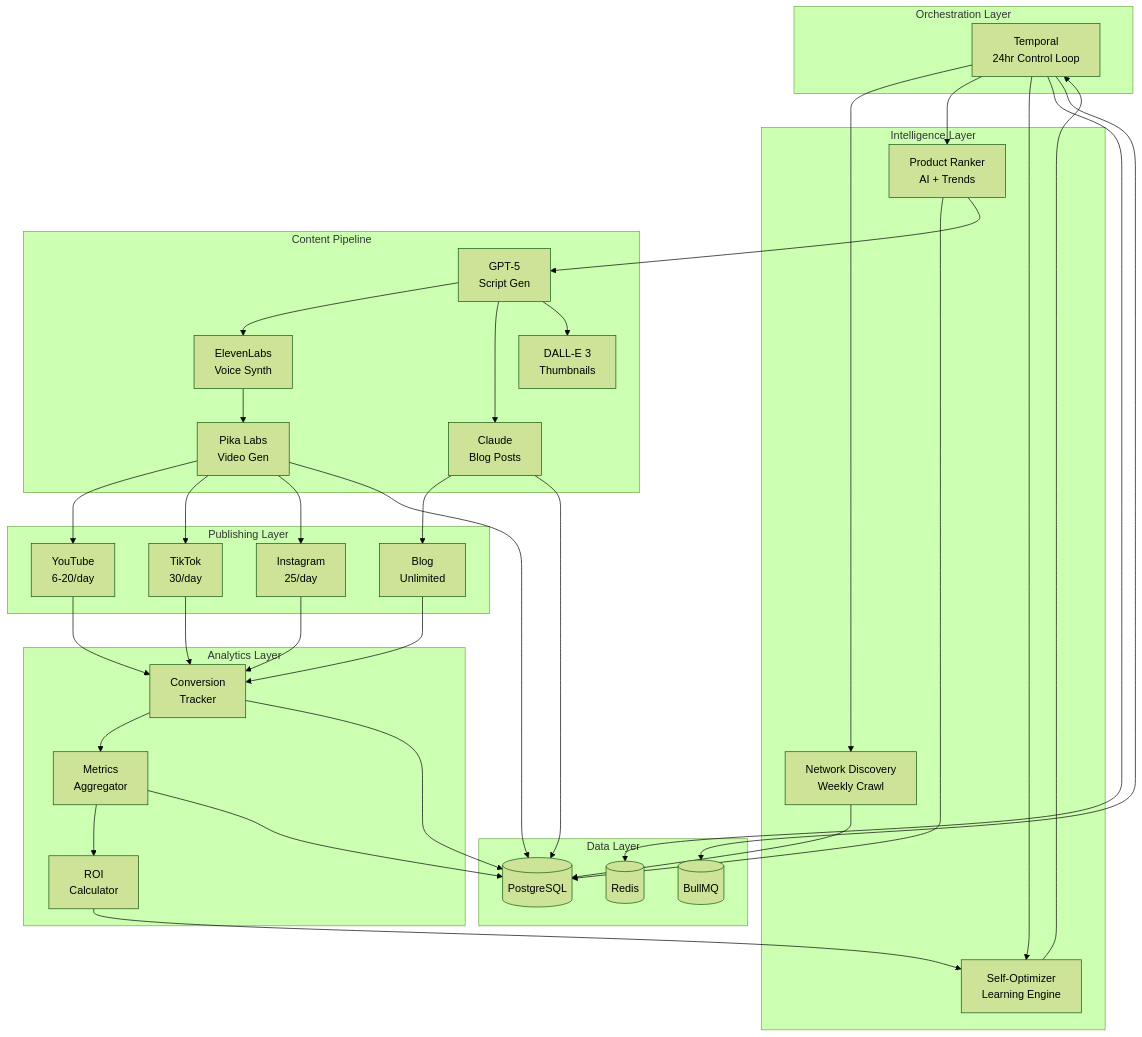
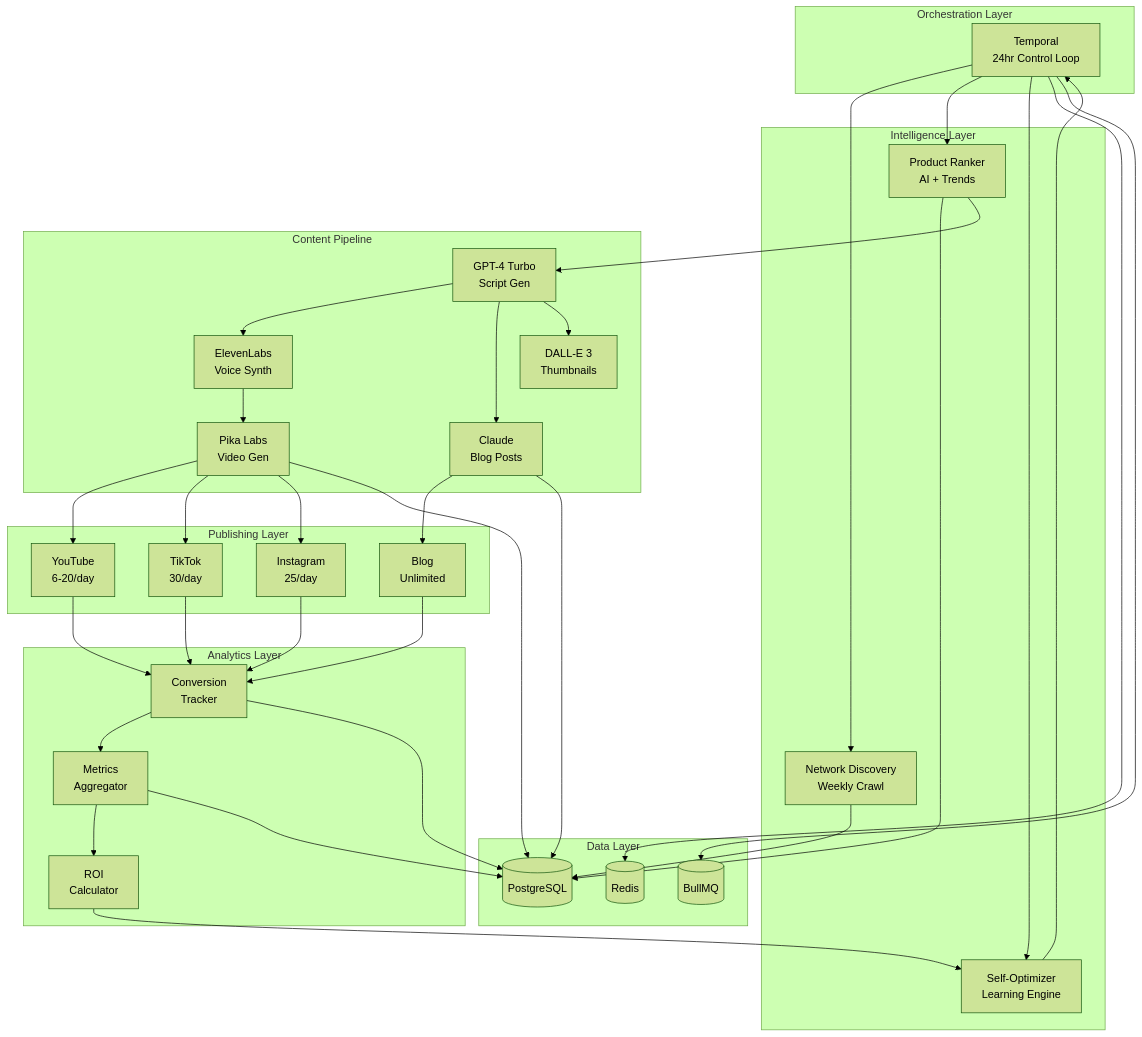
One commit to magic-ai-trading-bot/ai-affiliate-empire changed the first of 2 diagrams in docs/system-architecture.md. Above: the diagram before and after it, drawn with Mermaid (forest theme). The commit also changed other lines of this file and 3 other files, not shown here.

````diff
--- a/docs/system-architecture.md
+++ b/docs/system-architecture.md
@@ -8,75 +8,75 @@
 ```mermaid
 graph TB
     subgraph "Orchestration Layer"
         TEMPORAL[Temporal<br/>24hr Control Loop]
     end
 
     subgraph "Intelligence Layer"
         DISCOVER[Network Discovery<br/>Weekly Crawl]
         RANK[Product Ranker<br/>AI + Trends]
         OPTIMIZE[Self-Optimizer<br/>Learning Engine]
     end
 
     subgraph "Content Pipeline"
-        SCRIPT[GPT-5<br/>Script Gen]
+        SCRIPT[GPT-4 Turbo<br/>Script Gen]
         VOICE[ElevenLabs<br/>Voice Synth]
         VIDEO[Pika Labs<br/>Video Gen]
         BLOG[Claude<br/>Blog Posts]
         THUMB[DALL-E 3<br/>Thumbnails]
     end
 
     subgraph "Publishing Layer"
         YT[YouTube<br/>6-20/day]
         TT[TikTok<br/>30/day]
         IG[Instagram<br/>25/day]
         WEB[Blog<br/>Unlimited]
     end
 
     subgraph "Analytics Layer"
         TRACK[Conversion<br/>Tracker]
         METRICS[Metrics<br/>Aggregator]
         ROI[ROI<br/>Calculator]
     end
 
     subgraph "Data Layer"
         DB[(PostgreSQL)]
         CACHE[(Redis)]
         QUEUE[(BullMQ)]
     end
 
     TEMPORAL --> DISCOVER
     TEMPORAL --> RANK
     TEMPORAL --> OPTIMIZE
 
     DISCOVER --> DB
     RANK --> DB
 
     RANK --> SCRIPT
     SCRIPT --> VOICE
     VOICE --> VIDEO
     SCRIPT --> BLOG
     SCRIPT --> THUMB
 
     VIDEO --> YT
     VIDEO --> TT
     VIDEO --> IG
     BLOG --> WEB
 
     YT --> TRACK
     TT --> TRACK
     IG --> TRACK
     WEB --> TRACK
 
     TRACK --> METRICS
     METRICS --> ROI
     ROI --> OPTIMIZE
     OPTIMIZE --> TEMPORAL
 
     VIDEO --> DB
     BLOG --> DB
     TRACK --> DB
     METRICS --> DB
 
     TEMPORAL --> CACHE
     TEMPORAL --> QUEUE
 ```
````
